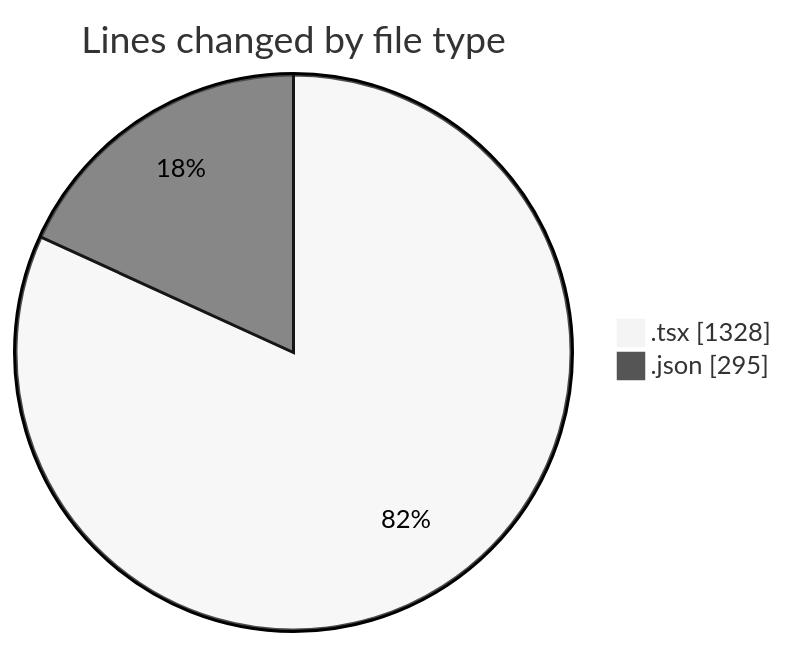
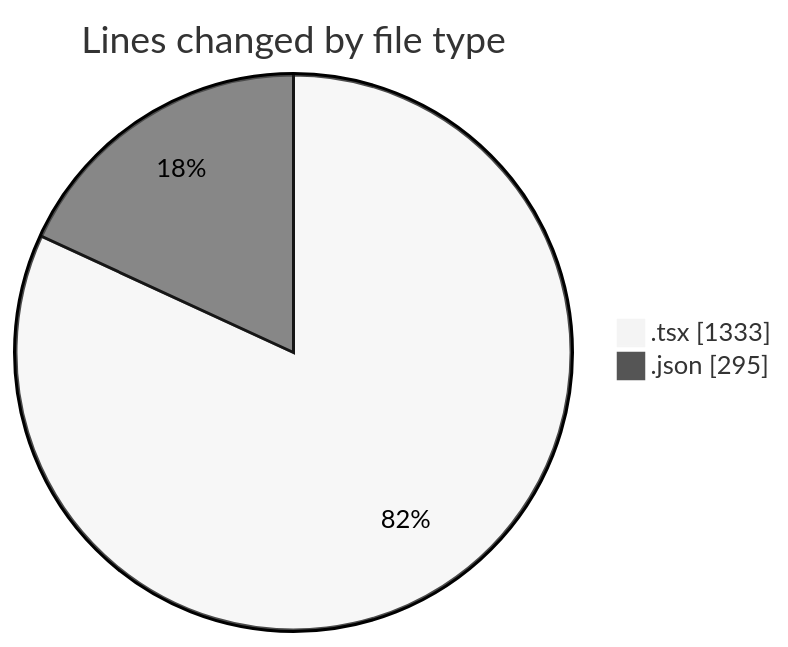
Before and after one commit to julien-gomy/code-tracking: the first of 2 diagrams in 2025-10-11/eventscop-frontend-guide__workspace_/README.md, drawn with Mermaid (neutral theme). The commit also changed other lines of this file and 1 other file, not shown here.

````diff
--- a/2025-10-11/eventscop-frontend-guide__workspace_/README.md
+++ b/2025-10-11/eventscop-frontend-guide__workspace_/README.md
@@ -33,6 +33,6 @@
 ```mermaid
 pie showData
 title Lines changed by file type
-".tsx" : 1328
+".tsx" : 1333
 ".json" : 295
 ```
````
